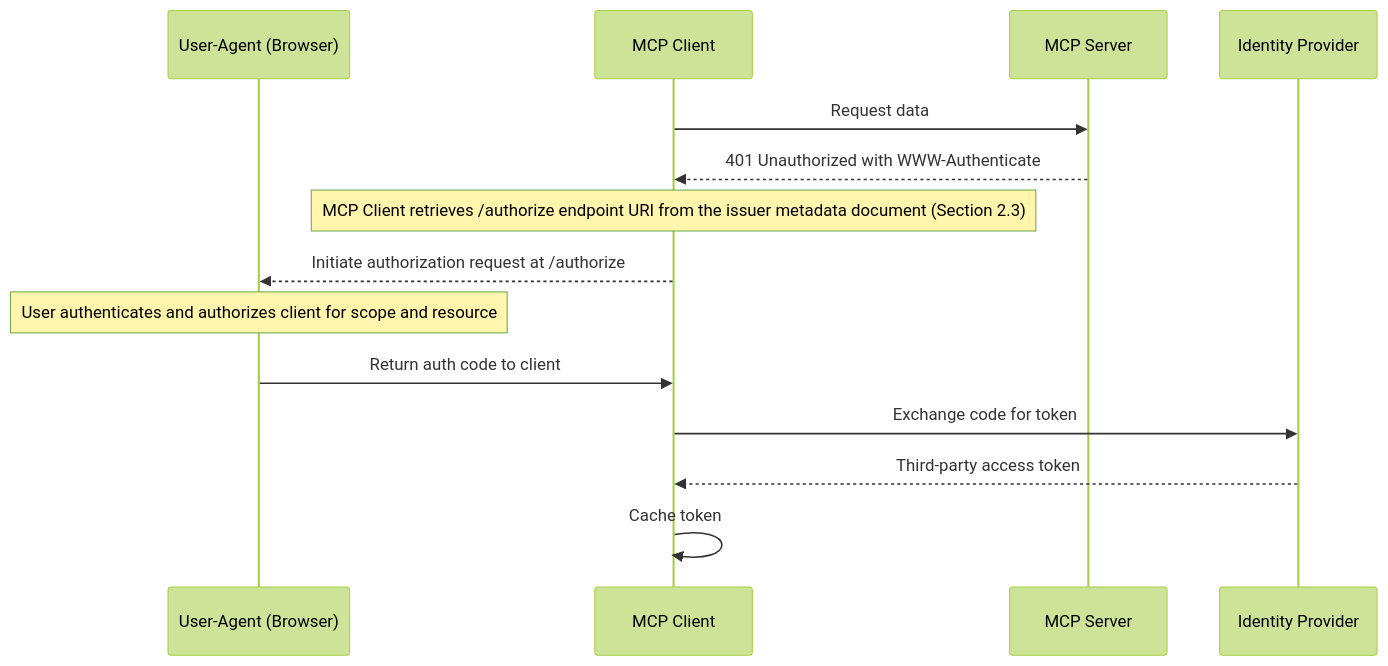
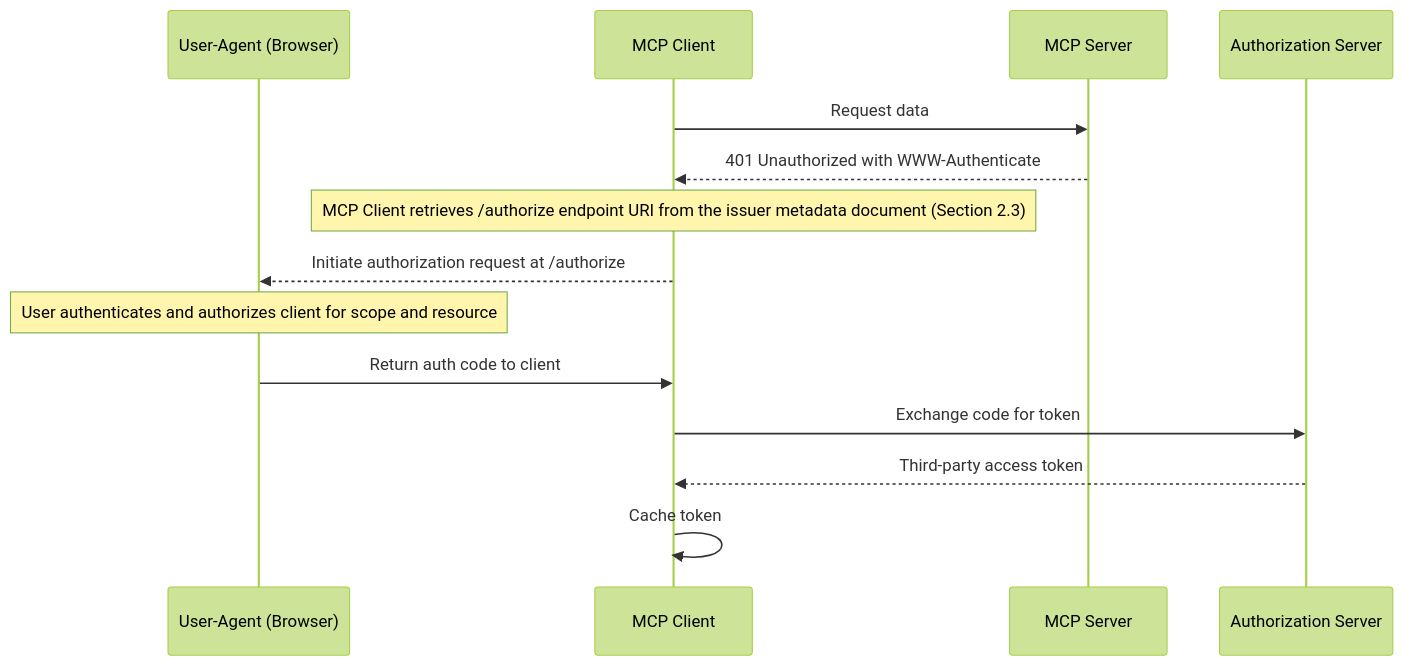
Before and after one commit to pcarleton/specification: the second of 4 diagrams in docs/specification/2025-03-26/basic/authorization.mdx, drawn with Mermaid (forest theme). The commit also changed other lines of this file, not shown here.

````diff
--- a/docs/specification/2025-03-26/basic/authorization.mdx
+++ b/docs/specification/2025-03-26/basic/authorization.mdx
@@ -196,17 +195,17 @@
 ```mermaid
 sequenceDiagram
     participant UA as User-Agent (Browser)
     participant MC as MCP Client
     participant MS as MCP Server
-    participant IDP as Identity Provider
+    participant AUTHZS as Authorization Server
 
     MC->>MS: Request data
     MS-->>MC: 401 Unauthorized with WWW-Authenticate
     Note over MC: MCP Client retrieves /authorize endpoint URI from the issuer metadata document (Section 2.3)
     MC-->>UA: Initiate authorization request at /authorize
     Note over UA: User authenticates and authorizes client for scope and resource
     UA->>MC: Return auth code to client
-    MC->>IDP: Exchange code for token
-    IDP-->>MC: Third-party access token
+    MC->>AUTHZS: Exchange code for token
+    AUTHZS-->>MC: Third-party access token
     MC->>MC: Cache token
 ```
````
